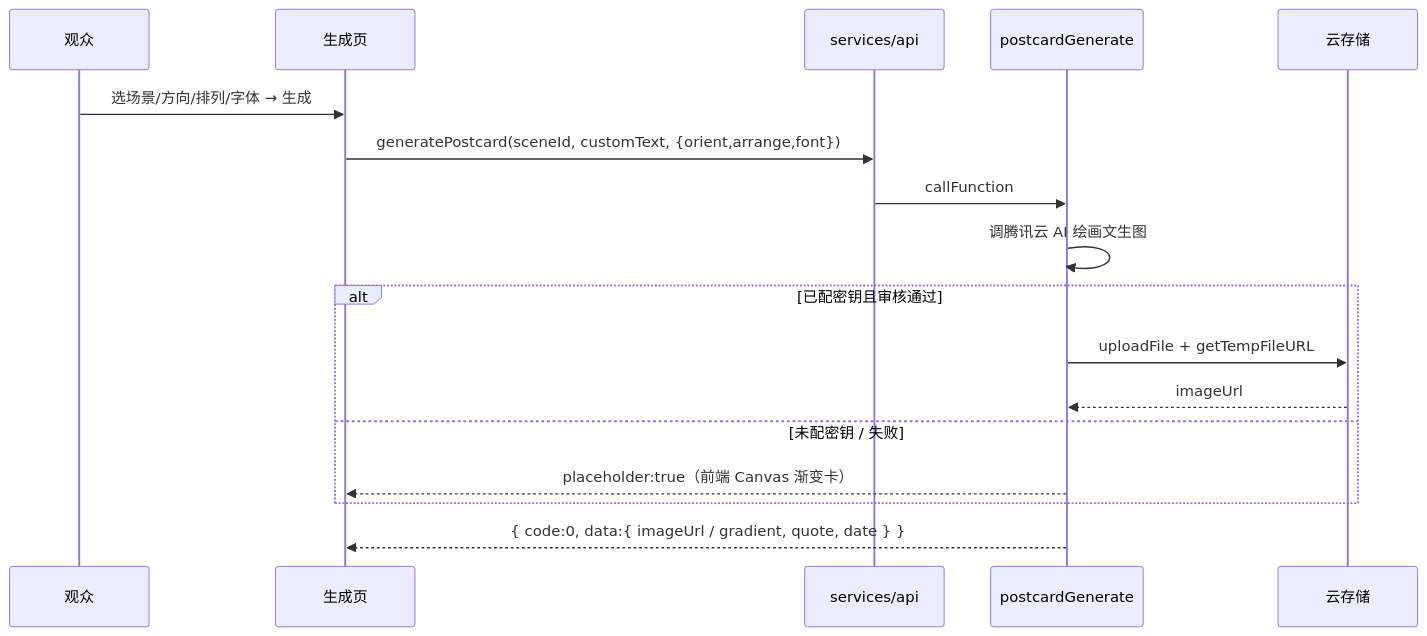
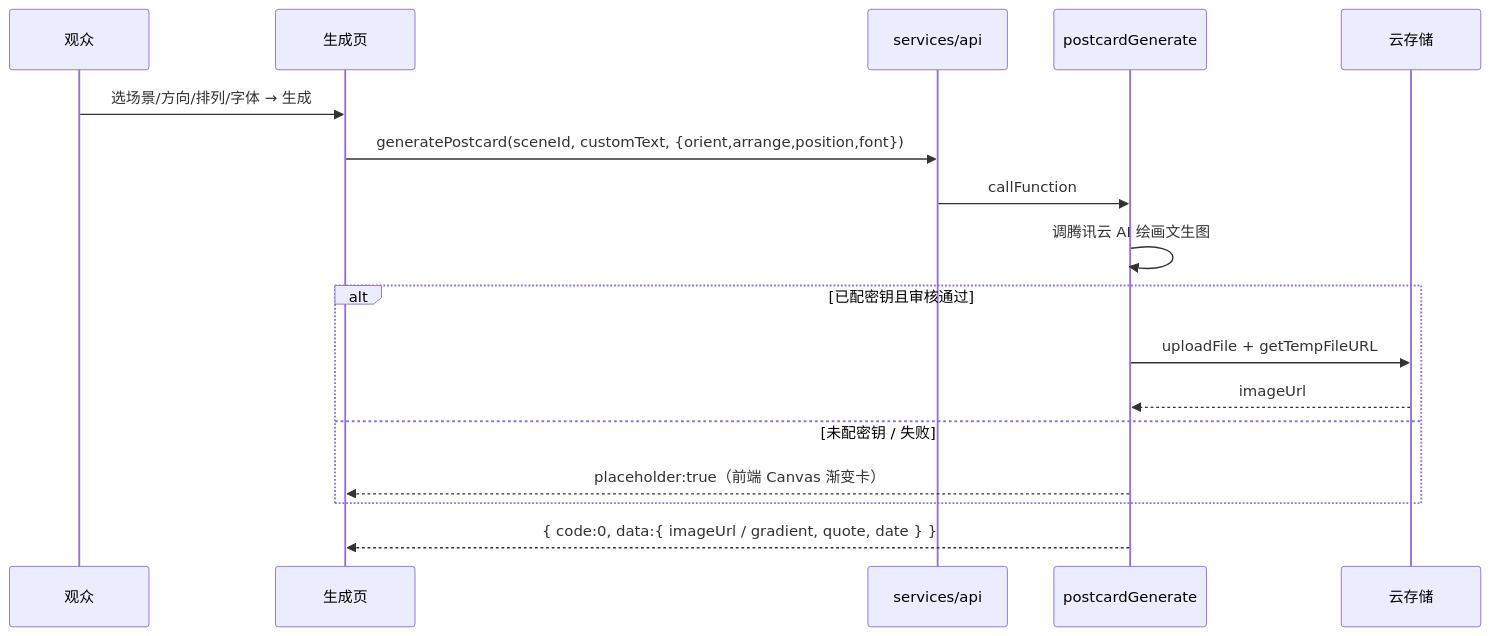
One commit to Yang739/RedEcho changed the third of 4 diagrams in README.md. Above: the diagram before and after it, drawn with Mermaid. The commit also changed other lines of this file and 4 other files, not shown here.

````diff
--- a/README.md
+++ b/README.md
@@ -107,19 +107,19 @@
 ```mermaid
 sequenceDiagram
     participant U as 观众
     participant Page as 生成页
     participant API as services/api
     participant Fn as postcardGenerate
     participant COS as 云存储
     U->>Page: 选场景/方向/排列/字体 → 生成
-    Page->>API: generatePostcard(sceneId, customText, {orient,arrange,font})
+    Page->>API: generatePostcard(sceneId, customText, {orient,arrange,position,font})
     API->>Fn: callFunction
     Fn->>Fn: 调腾讯云 AI 绘画文生图
     alt 已配密钥且审核通过
         Fn->>COS: uploadFile + getTempFileURL
         COS-->>Fn: imageUrl
     else 未配密钥 / 失败
         Fn-->>Page: placeholder:true（前端 Canvas 渐变卡）
     end
     Fn-->>Page: { code:0, data:{ imageUrl / gradient, quote, date } }
 ```
````
